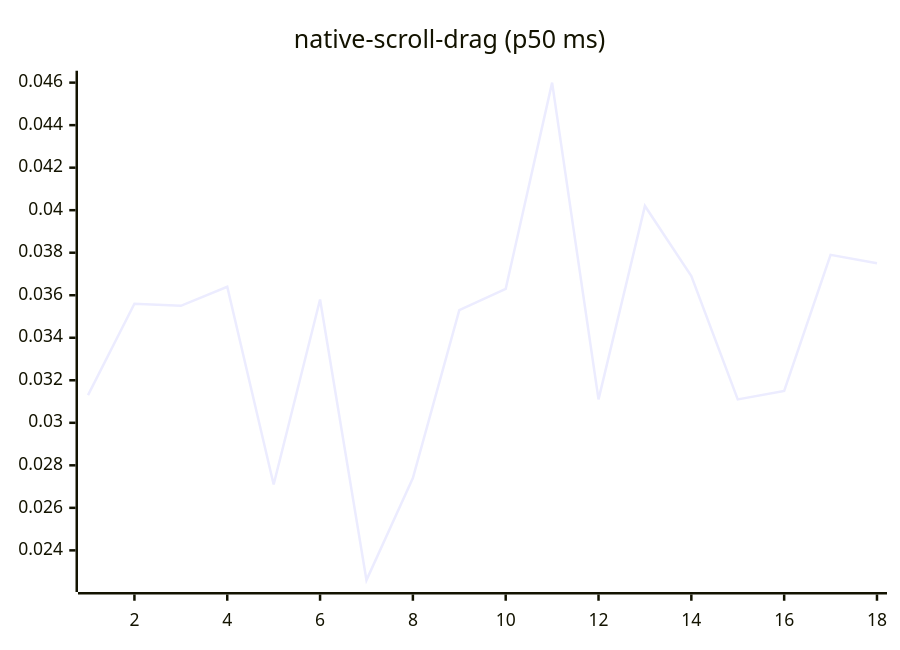
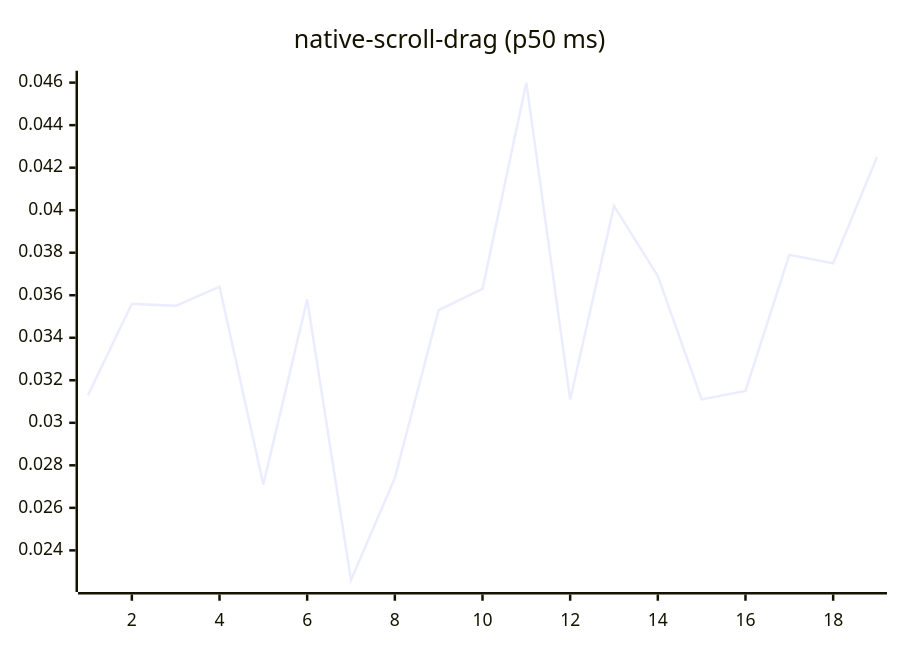
Diagram 14 of 27 in README.md (josha/Facet), drawn with Mermaid before and after one commit. The commit also changed other lines of this file and 2 other files, not shown here.

````diff
--- a/README.md
+++ b/README.md
@@ -154,6 +154,6 @@
 ```mermaid
 xychart-beta
     title "native-scroll-drag (p50 ms)"
-    x-axis 1 --> 18
-    line [0.0313, 0.0356, 0.0355, 0.0364, 0.0271, 0.0358, 0.0226, 0.0274, 0.0353, 0.0363, 0.0460, 0.0311, 0.0402, 0.0369, 0.0311, 0.0315, 0.0379, 0.0375]
+    x-axis 1 --> 19
+    line [0.0313, 0.0356, 0.0355, 0.0364, 0.0271, 0.0358, 0.0226, 0.0274, 0.0353, 0.0363, 0.0460, 0.0311, 0.0402, 0.0369, 0.0311, 0.0315, 0.0379, 0.0375, 0.0425]
 ```
````
